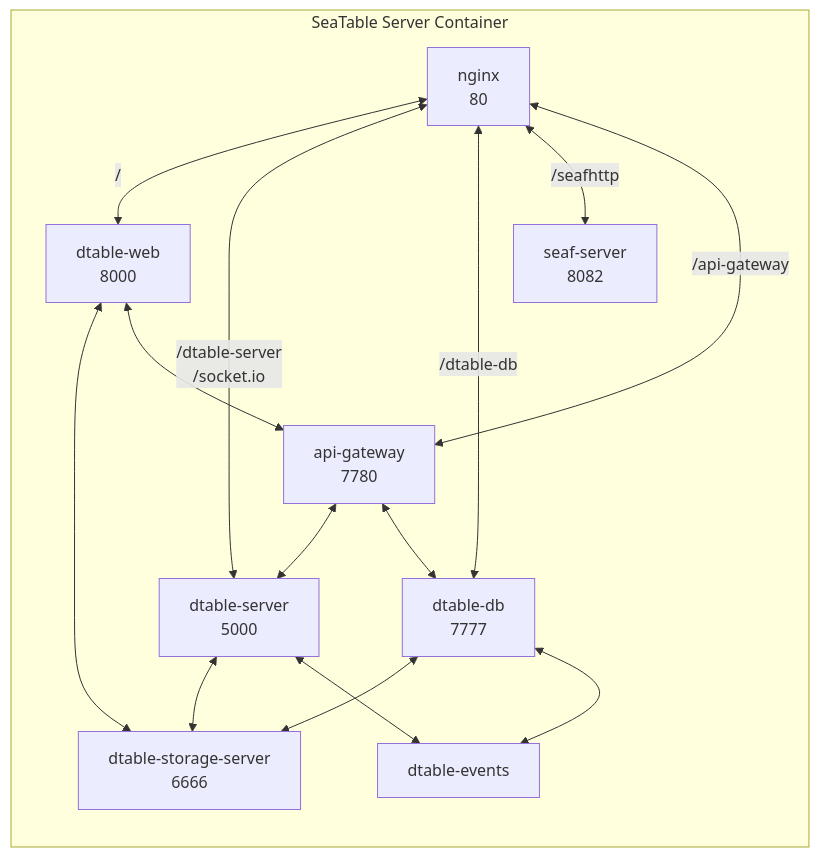
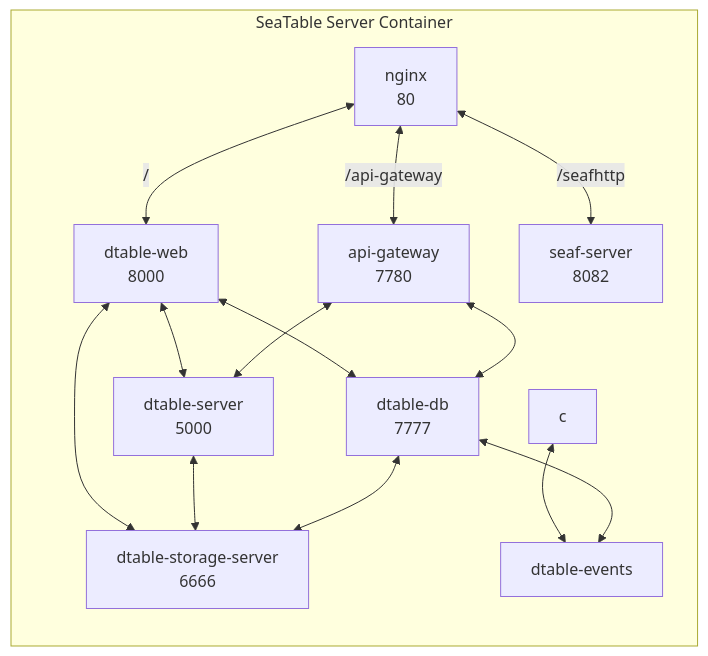
Before and after one commit to seatable/seatable-admin-docs: the second of 2 diagrams in docs/introduction/architecture.md, drawn with Mermaid. The commit also changed other lines of this file, not shown here.

Commit message:
Improved diagramm for container seatable-server

````diff
--- a/docs/introduction/architecture.md
+++ b/docs/introduction/architecture.md
@@ -44,26 +44,25 @@
 ```mermaid
 flowchart LR
     subgraph s[SeaTable Server Container]
         A[nginx<br/>80]
         B[dtable-web<br/>8000]
         C[dtable-server<br/>5000]
         D[dtable-db<br/>7777]
-        E[seaf-server<br/>8082]
+        E[api-gateway<br/>7780]
+        F[dtable-storage-server<br/>6666]
         G[dtable-events]
-        F[dtable-storage-server<br/>6666]
-        H[api-gateway<br/>7780]
+        H[seaf-server<br/>8082]
         A<-- / -->B
-        A<-- /dtable-server<br/>/socket.io -->C
-        A<-- /dtable-db -->D
-        A<-- /seafhttp -->E
-        A<-- /api-gateway -->H
+        A<-- /api-gateway -->E
+        A<-- /seafhttp -->H
+        B<-->C
+        B<-->D
         B<-->F
+        E<-->C
+        E<-->D
         C<-->F
+        c<-->G
         D<-->F
-        C<-->G
         D<-->G
-        B<-->H
-        H<-->C
-        H<-->D
     end
 ```
````
